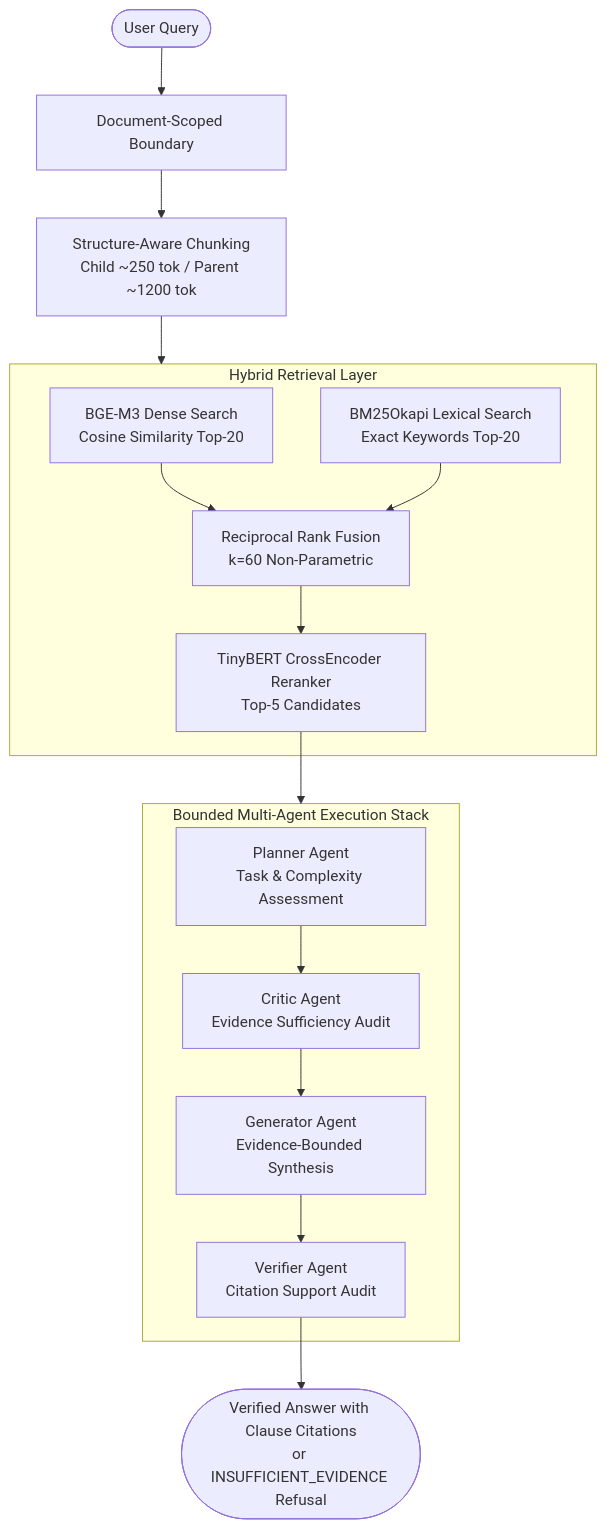
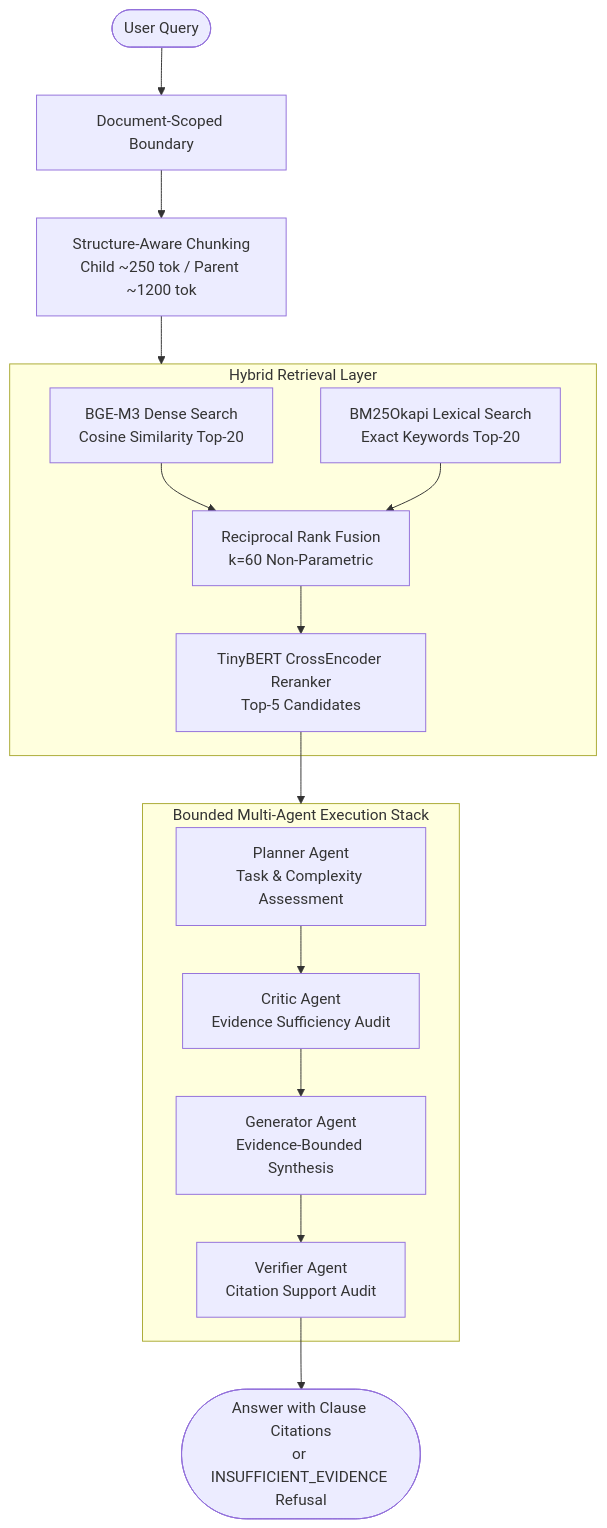
One commit to XLaiHuy/Multi-Agent-RAG changed the diagram in README.md. Above: the diagram before and after it, drawn with Mermaid. The commit also changed other lines of this file and 4 other files, not shown here.

````diff
--- a/README.md
+++ b/README.md
@@ -57,29 +92,29 @@
 ```mermaid
 flowchart TD
     User([User Query]) --> Scope[Document-Scoped Boundary]
     Scope --> Ingestion[Structure-Aware Chunking\nChild ~250 tok / Parent ~1200 tok]
     Ingestion --> HybridRetrieval[Hybrid Retrieval Layer]
     
     subgraph HybridRetrieval [Hybrid Retrieval Layer]
         Dense[BGE-M3 Dense Search\nCosine Similarity Top-20]
         Sparse[BM25Okapi Lexical Search\nExact Keywords Top-20]
         Dense --> RRF[Reciprocal Rank Fusion\nk=60 Non-Parametric]
         Sparse --> RRF
         RRF --> CrossEncoder[TinyBERT CrossEncoder Reranker\nTop-5 Candidates]
     end
     
     CrossEncoder --> Agents[Multi-Agent Generation & Verification Stack]
     
     subgraph Agents [Bounded Multi-Agent Execution Stack]
         Planner[Planner Agent\nTask & Complexity Assessment]
         Critic[Critic Agent\nEvidence Sufficiency Audit]
         Generator[Generator Agent\nEvidence-Bounded Synthesis]
         Verifier[Verifier Agent\nCitation Support Audit]
         
         Planner --> Critic
         Critic --> Generator
         Generator --> Verifier
     end
     
-    Verifier --> Output([Verified Answer with Clause Citations\nor INSUFFICIENT_EVIDENCE Refusal])
+    Verifier --> Output([Answer with Clause Citations\nor INSUFFICIENT_EVIDENCE Refusal])
 ```
````
